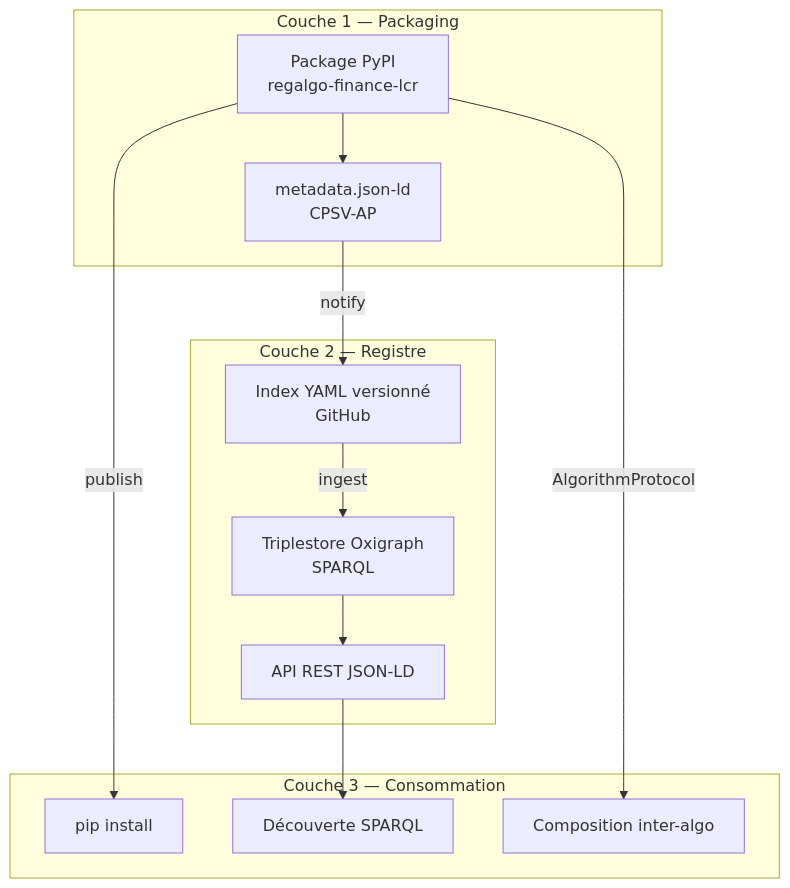
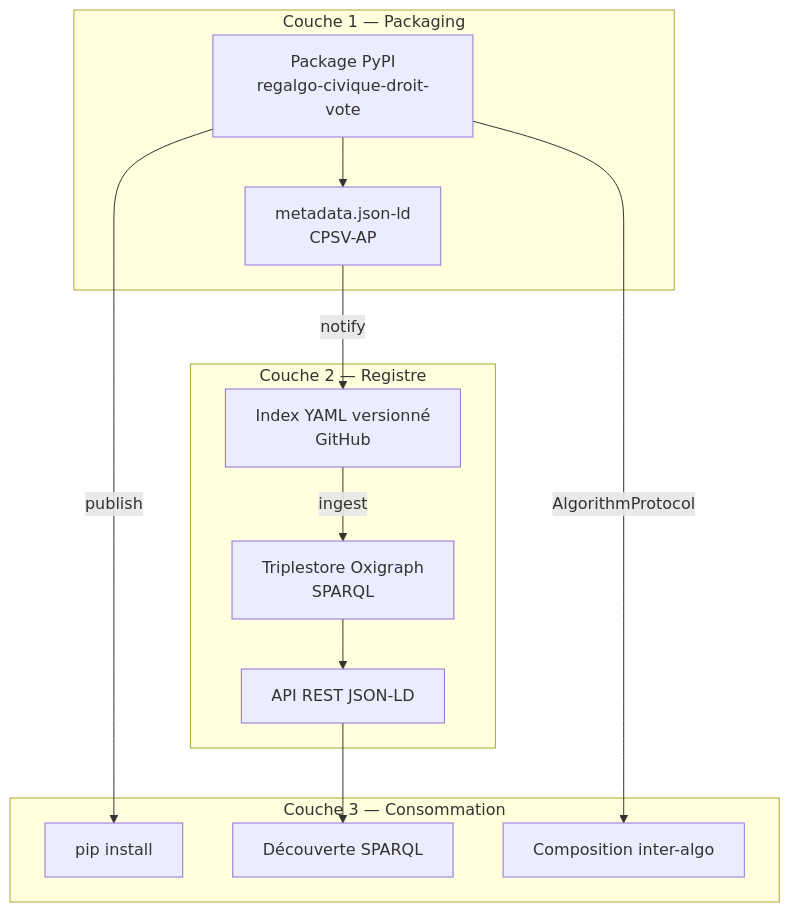
The diagram in docs/explanation/registry-architecture.md (qloridant/doc-catalogue-regles), drawn with Mermaid before and after one commit. The commit also changed 21 other files, not shown here.

````diff
--- a/docs/explanation/registry-architecture.md
+++ b/docs/explanation/registry-architecture.md
@@ -11,24 +11,24 @@
 ```mermaid
 graph TB
     subgraph "Couche 1 — Packaging"
-        A[Package PyPI<br/>regalgo-finance-lcr]
+        A[Package PyPI<br/>regalgo-civique-droit-vote]
         B[metadata.json-ld<br/>CPSV-AP]
         A --> B
     end
     subgraph "Couche 2 — Registre"
         C[Index YAML versionné<br/>GitHub]
         D[Triplestore Oxigraph<br/>SPARQL]
         E[API REST JSON-LD]
         C -->|ingest| D
         D --> E
     end
     subgraph "Couche 3 — Consommation"
         F[pip install]
         G[Découverte SPARQL]
         H[Composition inter-algo]
     end
     A -->|publish| F
     B -->|notify| C
     E --> G
     A -->|AlgorithmProtocol| H
 ```
````
